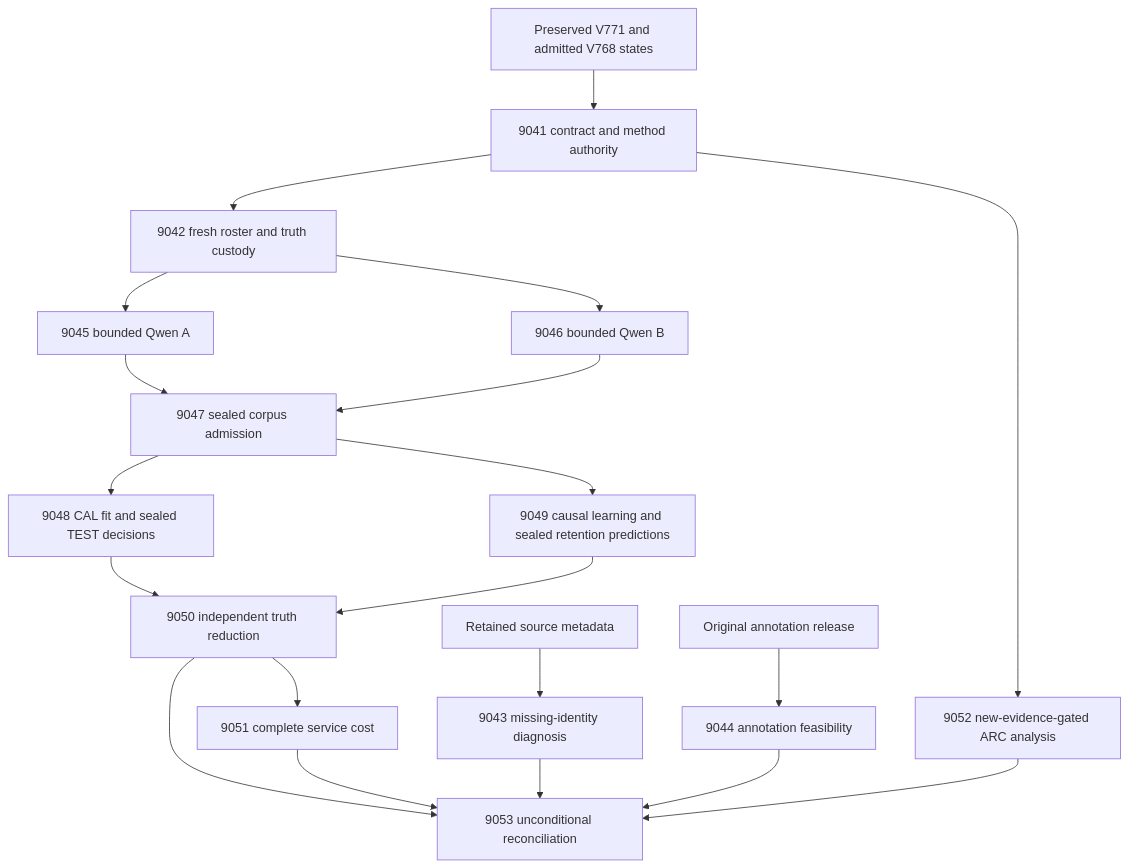
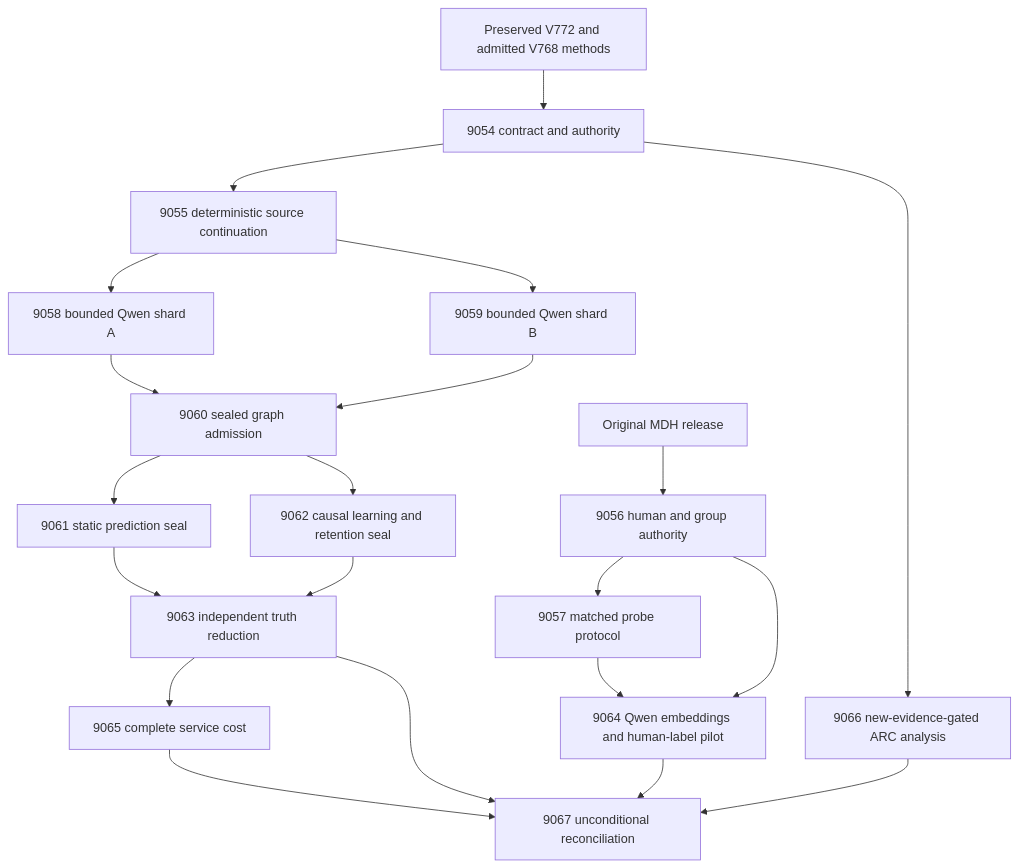
Before and after one commit to Carnot-EBM/carnot-ebm: the diagram in openspec/change-proposals/research-roadmap-vNEXT.md, drawn with Mermaid. The commit also changed other lines of this file and 24 other files, not shown here.

````diff
--- a/openspec/change-proposals/research-roadmap-vNEXT.md
+++ b/openspec/change-proposals/research-roadmap-vNEXT.md
@@ -84,22 +82,23 @@
 ```mermaid
 flowchart TD
-    H[Preserved V771 and admitted V768 states] --> C[9041 contract and method authority]
-    C --> M[9042 fresh roster and truth custody]
-    M --> A[9045 bounded Qwen A]
-    M --> B[9046 bounded Qwen B]
-    A --> J[9047 sealed corpus admission]
+    H[Preserved V772 and admitted V768 methods] --> C[9054 contract and authority]
+    C --> R[9055 deterministic source continuation]
+    R --> A[9058 bounded Qwen shard A]
+    R --> B[9059 bounded Qwen shard B]
+    A --> J[9060 sealed graph admission]
     B --> J
-    J --> D[9048 CAL fit and sealed TEST decisions]
-    J --> O[9049 causal learning and sealed retention predictions]
-    D --> E[9050 independent truth reduction]
+    J --> D[9061 static prediction seal]
+    J --> O[9062 causal learning and retention seal]
+    D --> E[9063 independent truth reduction]
     O --> E
-    E --> K[9051 complete service cost]
-    Q[Retained source metadata] --> I[9043 missing-identity diagnosis]
-    R[Original annotation release] --> F[9044 annotation feasibility]
-    C --> X[9052 new-evidence-gated ARC analysis]
-    E --> Z[9053 unconditional reconciliation]
+    E --> K[9065 complete service cost]
+    MDH[Original MDH release] --> U[9056 human and group authority]
+    U --> M[9057 matched probe protocol]
+    U --> P[9064 Qwen embeddings and human-label pilot]
+    M --> P
+    C --> X[9066 new-evidence-gated ARC analysis]
+    E --> Z[9067 unconditional reconciliation]
+    P --> Z
     K --> Z
-    I --> Z
-    F --> Z
     X --> Z
 ```
````
